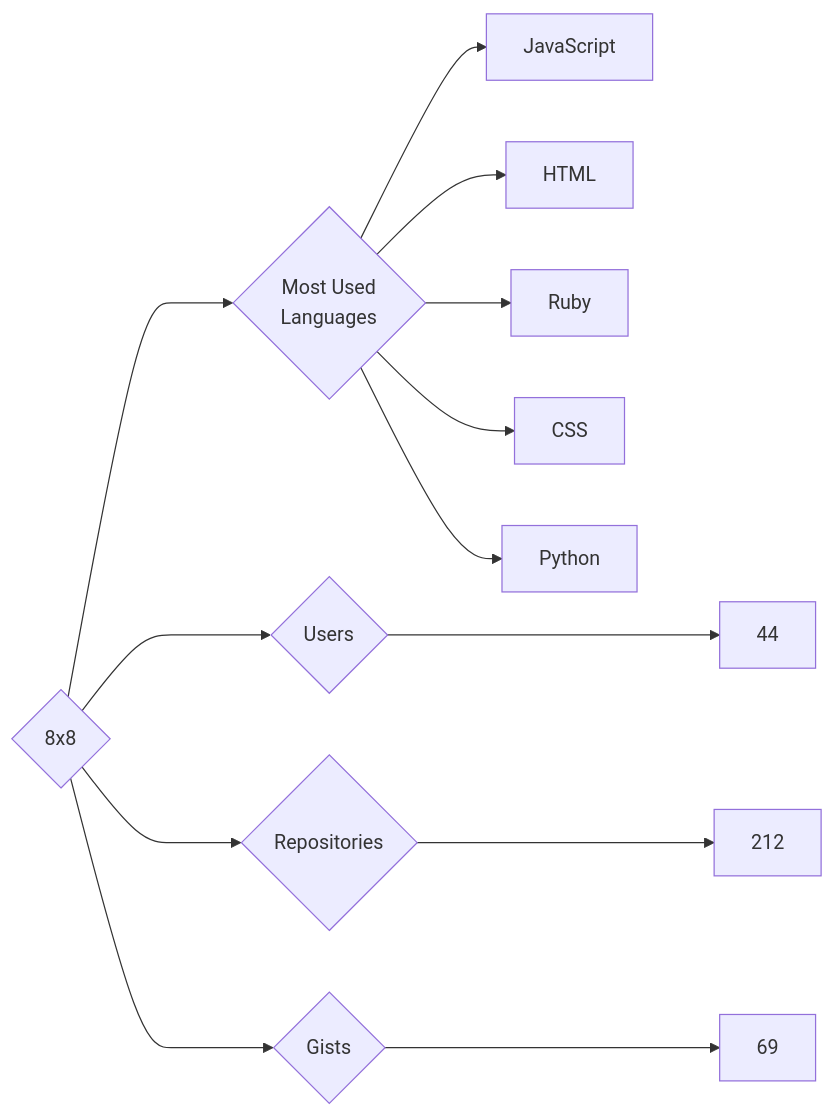
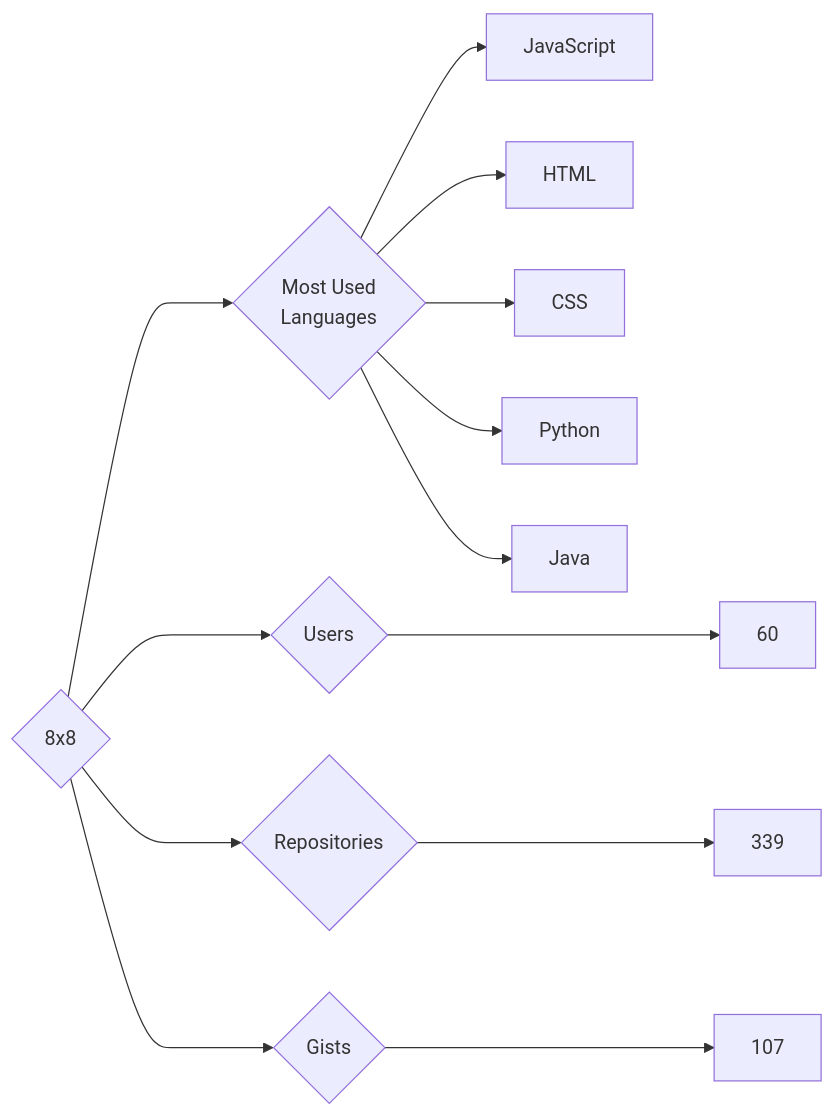
Before and after one commit to trickest/insiders: the diagram in targets/8x8/README.md, drawn with Mermaid. The commit also changed 786 other files, not shown here.

````diff
--- a/targets/8x8/README.md
+++ b/targets/8x8/README.md
@@ -3,13 +3,13 @@
 ```mermaid
 graph LR
 COMPANY_NAME{8x8}
-COMPANY_NAME ---> U{Users} ---> UN[44]
-COMPANY_NAME ---> R{Repositories} ---> RN[212]
-COMPANY_NAME ---> G{Gists} ---> GN[69]
+COMPANY_NAME ---> U{Users} ---> UN[60]
+COMPANY_NAME ---> R{Repositories} ---> RN[339]
+COMPANY_NAME ---> G{Gists} ---> GN[107]
 COMPANY_NAME ---> ML{Most Used<br>Languages}
 ML --> JavaScript[JavaScript]
 ML --> HTML[HTML]
-ML --> Ruby[Ruby]
 ML --> CSS[CSS]
 ML --> Python[Python]
+ML --> Java[Java]
 ```
````
